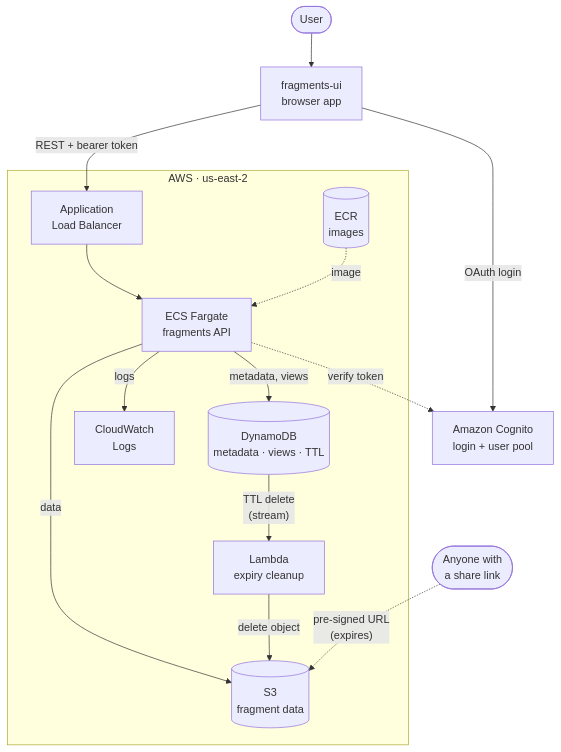
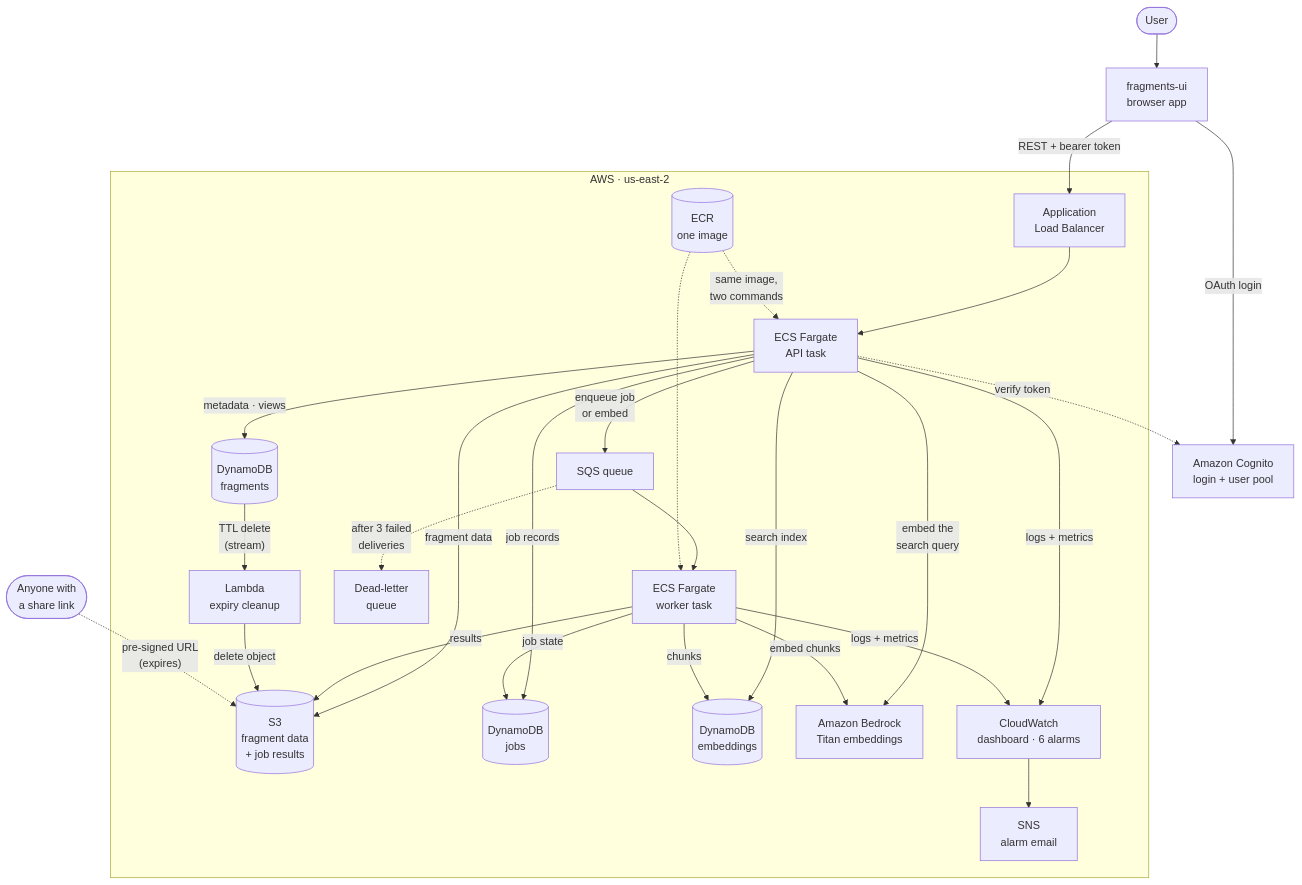
Before and after one commit to AjayMaan13/fragments: the first of 5 diagrams in README.md, drawn with Mermaid. The commit also changed other lines of this file and 3 other files, not shown here.

````diff
--- a/README.md
+++ b/README.md
@@ -33,20 +63,37 @@
 ```mermaid
 flowchart TB
     User([User]) --> UI["fragments-ui<br/>browser app"]
     Anyone([Anyone with<br/>a share link])
     UI -- "OAuth login" --> Cognito["Amazon Cognito<br/>login + user pool"]
     UI -- "REST + bearer token" --> ALB
 
     subgraph AWS["AWS · us-east-2"]
-        ALB["Application<br/>Load Balancer"] --> API["ECS Fargate<br/>fragments API"]
-        ECR[("ECR<br/>images")] -. "image" .-> API
-        API -- "data" --> S3[("S3<br/>fragment data")]
-        API -- "metadata, views" --> DDB[("DynamoDB<br/>metadata · views · TTL")]
-        API -- "logs" --> CW["CloudWatch<br/>Logs"]
+        ALB["Application<br/>Load Balancer"] --> API["ECS Fargate<br/>API task"]
+        API -- "fragment data" --> S3[("S3<br/>fragment data<br/>+ job results")]
+        API -- "metadata · views" --> DDB[("DynamoDB<br/>fragments")]
+        API -- "job records" --> Jobs[("DynamoDB<br/>jobs")]
+        API -- "search index" --> Emb[("DynamoDB<br/>embeddings")]
+        API -- "enqueue job<br/>or embed" --> SQS["SQS queue"]
+        API -- "embed the<br/>search query" --> Bedrock["Amazon Bedrock<br/>Titan embeddings"]
+
+        SQS --> Worker["ECS Fargate<br/>worker task"]
+        SQS -. "after 3 failed<br/>deliveries" .-> DLQ["Dead-letter<br/>queue"]
+        Worker -- "results" --> S3
+        Worker -- "job state" --> Jobs
+        Worker -- "chunks" --> Emb
+        Worker -- "embed chunks" --> Bedrock
+
         DDB -- "TTL delete<br/>(stream)" --> Lambda["Lambda<br/>expiry cleanup"]
         Lambda -- "delete object" --> S3
+
+        ECR[("ECR<br/>one image")] -. "same image,<br/>two commands" .-> API
+        ECR -.-> Worker
+
+        API -- "logs + metrics" --> CW["CloudWatch<br/>dashboard · 6 alarms"]
+        Worker -- "logs + metrics" --> CW
+        CW --> SNS["SNS<br/>alarm email"]
     end
 
     API -. "verify token" .-> Cognito
     Anyone -. "pre-signed URL<br/>(expires)" .-> S3
 ```
````
